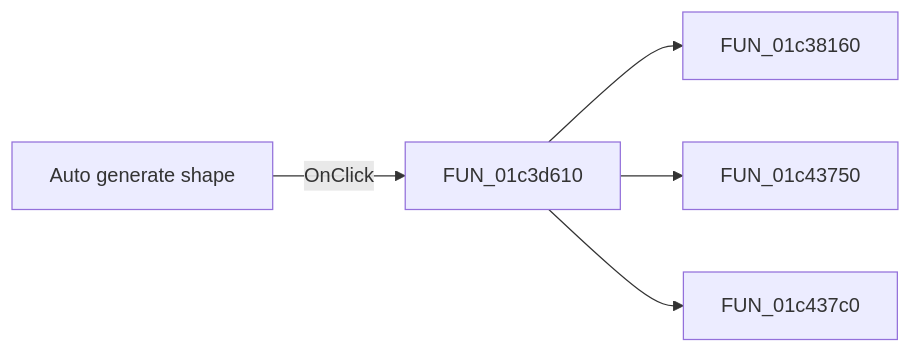
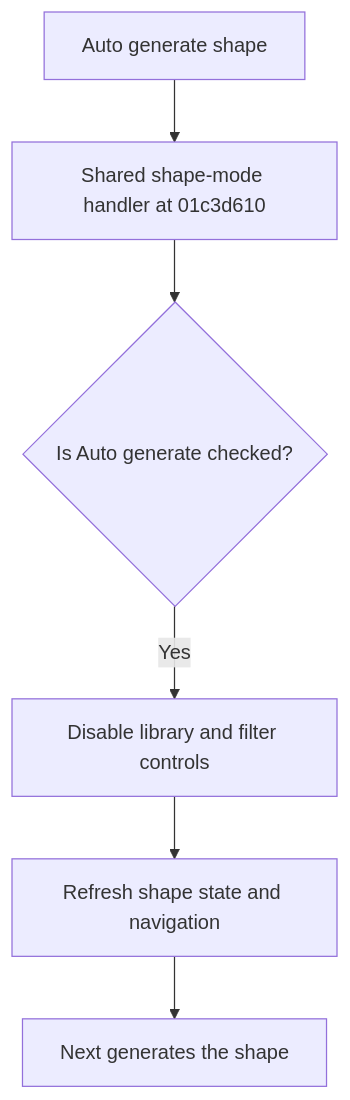
Before and after one commit to MovGP0/TIARA: the diagram in docs/ui-controls/fmacrowiz/rbautogen-d112e439e7.md, drawn with Mermaid. The commit also changed other lines of this file and 387 other files, not shown here.

````diff
--- a/docs/ui-controls/fmacrowiz/rbautogen-d112e439e7.md
+++ b/docs/ui-controls/fmacrowiz/rbautogen-d112e439e7.md
@@ -27,7 +20,8 @@
 ```mermaid
-flowchart LR
-    control["Auto generate shape"] -->|OnClick| handler["FUN_01c3d610"]
-    handler --> call1["FUN_01c38160"]
-    handler --> call2["FUN_01c43750"]
-    handler --> call3["FUN_01c437c0"]
+flowchart TD
+    control["Auto generate shape"] --> handler["Shared shape-mode handler at 01c3d610"]
+    handler --> mode{"Is Auto generate checked?"}
+    mode -->|Yes| disable["Disable library and filter controls"]
+    disable --> update["Refresh shape state and navigation"]
+    update --> next["Next generates the shape"]
 ```
````
